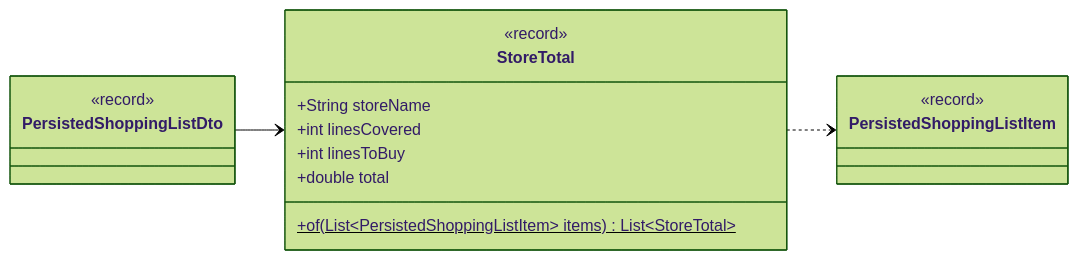
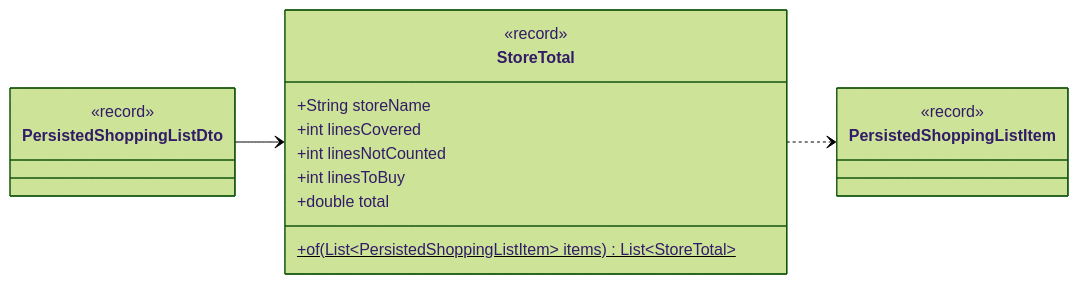
Before and after one commit to Nate-ryan-7690/dahaem: diagram 17 of 17 in docs/classes/shopping.md, drawn with Mermaid (forest theme). The commit also changed other lines of this file and 4 other files, not shown here.

````diff
--- a/docs/classes/shopping.md
+++ b/docs/classes/shopping.md
@@ -854,20 +897,21 @@
 ```mermaid
 classDiagram
     direction LR
     class shopping_StoreTotal["StoreTotal"] {
         <<record>>
         +String storeName
         +int linesCovered
+        +int linesNotCounted
         +int linesToBuy
         +double total
         +of(List~PersistedShoppingListItem~ items) List~StoreTotal~$
     }
     class api_PersistedShoppingListDto["PersistedShoppingListDto"] {
         <<record>>
     }
     class shopping_PersistedShoppingListItem["PersistedShoppingListItem"] {
         <<record>>
     }
     shopping_StoreTotal ..> shopping_PersistedShoppingListItem
     api_PersistedShoppingListDto --> shopping_StoreTotal
 ```
````
